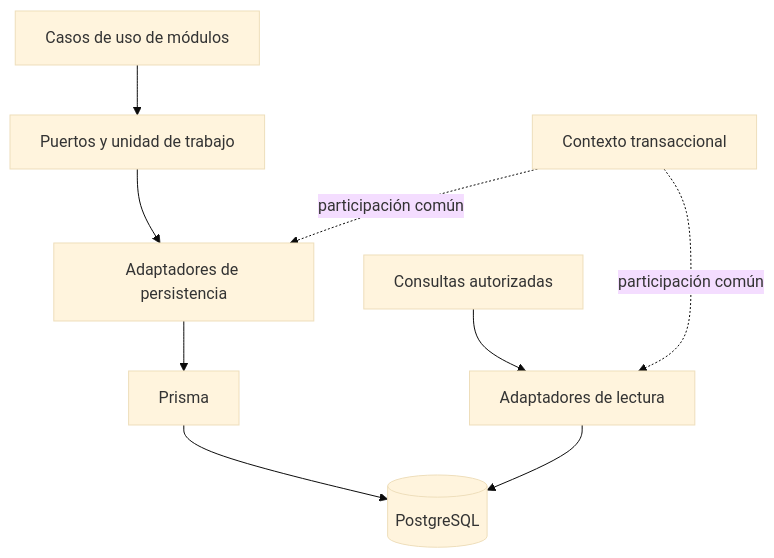
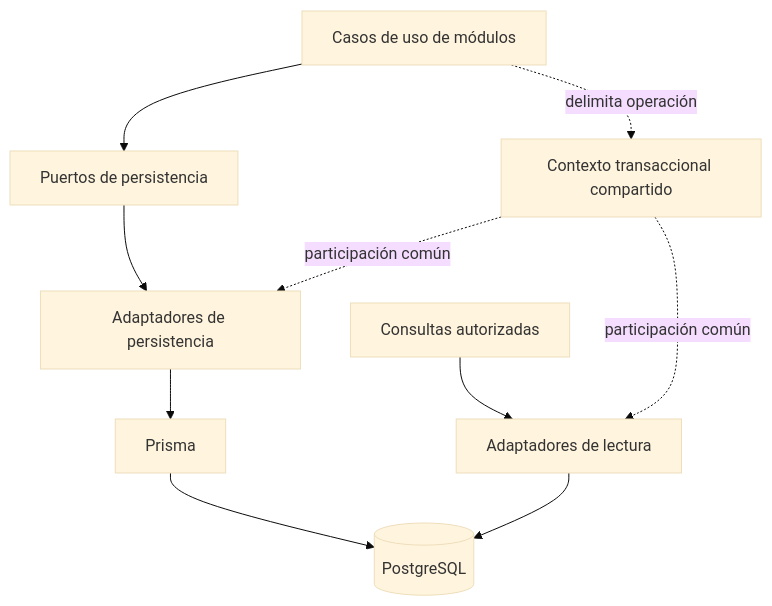
One commit to EderPanta18/academic-management-api changed the diagram in docs/08-persistence/01-persistence-design.md. Above: the diagram before and after it, drawn with Mermaid (base theme). The commit also changed other lines of this file and 19 other files, not shown here.

````diff
--- a/docs/08-persistence/01-persistence-design.md
+++ b/docs/08-persistence/01-persistence-design.md
@@ -20,11 +20,12 @@
 ```mermaid
 flowchart TB
-    ENTRY[Casos de uso de módulos] --> PORT[Puertos y unidad de trabajo]
+    ENTRY[Casos de uso de módulos] --> PORT[Puertos de persistencia]
     PORT --> ADAPTER[Adaptadores de persistencia]
     ADAPTER --> ORM[Prisma]
     ORM --> DB[(PostgreSQL)]
     READ[Consultas autorizadas] --> QUERY[Adaptadores de lectura]
     QUERY --> DB
-    TX[Contexto transaccional] -.->|participación común| ADAPTER
+    ENTRY -.->|delimita operación| TX[Contexto transaccional compartido]
+    TX -.->|participación común| ADAPTER
     TX -.->|participación común| QUERY
 ```
````
